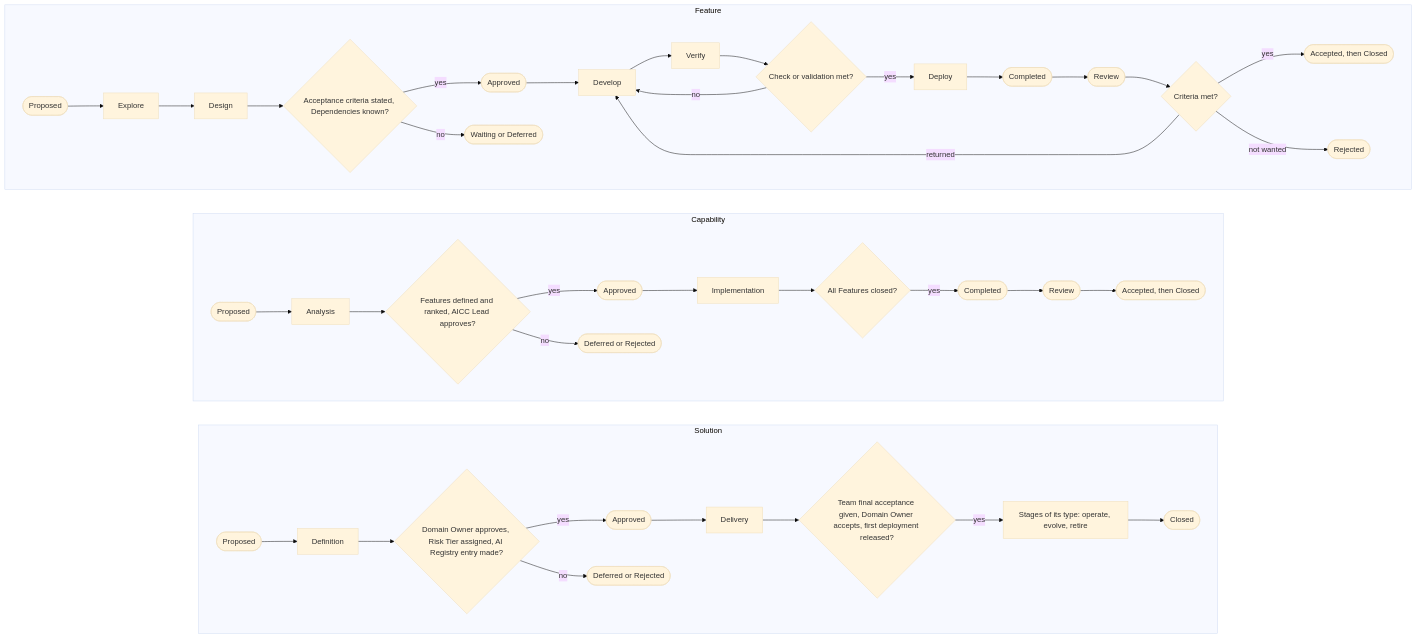
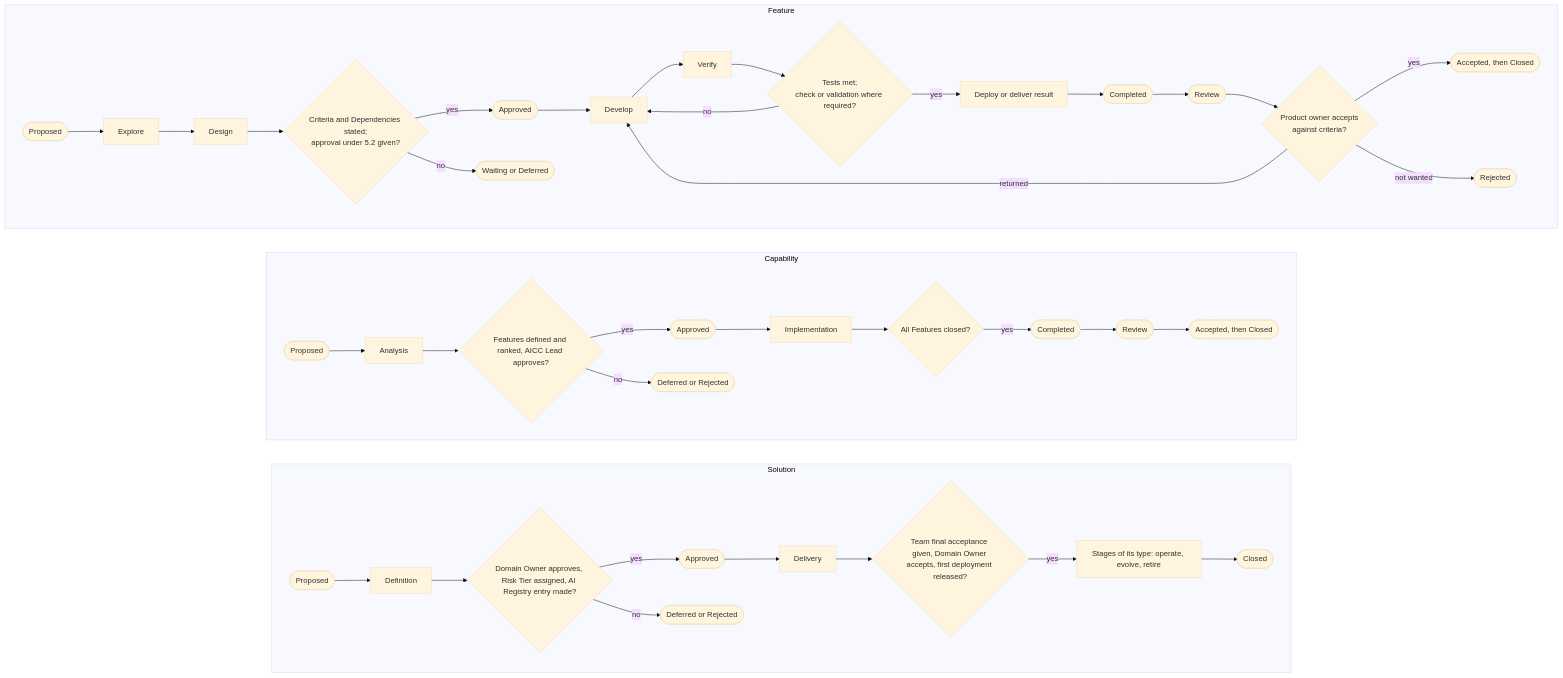
The fourth of 13 diagrams in charter/documents/solution-lifecycle-model.md (devhogu/ob-aicc), drawn with Mermaid (base theme) before and after one commit. The commit also changed other lines of this file and 512 other files, not shown here.

````diff
--- a/charter/documents/solution-lifecycle-model.md
+++ b/charter/documents/solution-lifecycle-model.md
@@ -220,30 +221,30 @@
 ```mermaid
 flowchart TB
   subgraph FEATURE["Feature"]
     direction LR
-    F0(["Proposed"]) --> F1["Explore"] --> F2["Design"] --> FC1{"Acceptance criteria stated, Dependencies known?"}
-    FC1 -->|yes| F3(["Approved"]) --> F4["Develop"] --> F5["Verify"] --> FC2{"Check or validation met?"}
-    FC2 -->|yes| F6["Deploy"] --> F7(["Completed"]) --> F8(["Review"]) --> FC3{"Criteria met?"}
+    F0(["Proposed"]) --> F1["Explore"] --> F2["Design"] --> FC1{"Criteria and Dependencies stated;<br/>approval under 5.2 given?"}
+    FC1 -->|yes| F3(["Approved"]) --> F4["Develop"] --> F5["Verify"] --> FC2{"Tests met;<br/>check or validation where required?"}
+    FC2 -->|yes| F6["Deploy or deliver result"] --> F7(["Completed"]) --> F8(["Review"]) --> FC3{"Product owner accepts<br/>against criteria?"}
     FC3 -->|yes| F9(["Accepted, then Closed"])
     FC3 -->|returned| F4
     FC3 -->|not wanted| F10(["Rejected"])
     FC2 -->|no| F4
     FC1 -->|no| F11(["Waiting or Deferred"])
   end
   subgraph CAPABILITY["Capability"]
     direction LR
     C0(["Proposed"]) --> C1["Analysis"] --> CC1{"Features defined and ranked, AICC Lead approves?"}
     CC1 -->|yes| C2(["Approved"]) --> C3["Implementation"] --> CC2{"All Features closed?"}
     CC2 -->|yes| C4(["Completed"]) --> C5(["Review"]) --> C6(["Accepted, then Closed"])
     CC1 -->|no| C7(["Deferred or Rejected"])
   end
   subgraph SOLUTION["Solution"]
     direction LR
     S0(["Proposed"]) --> S1["Definition"] --> SC1{"Domain Owner approves, Risk Tier assigned, AI Registry entry made?"}
     SC1 -->|yes| S2(["Approved"]) --> S3["Delivery"] --> SC2{"Team final acceptance given, Domain Owner accepts, first deployment released?"}
     SC2 -->|yes| S4["Stages of its type: operate, evolve, retire"] --> S5(["Closed"])
     SC1 -->|no| S6(["Deferred or Rejected"])
   end
   FEATURE ~~~ CAPABILITY
   CAPABILITY ~~~ SOLUTION
 ```
````
